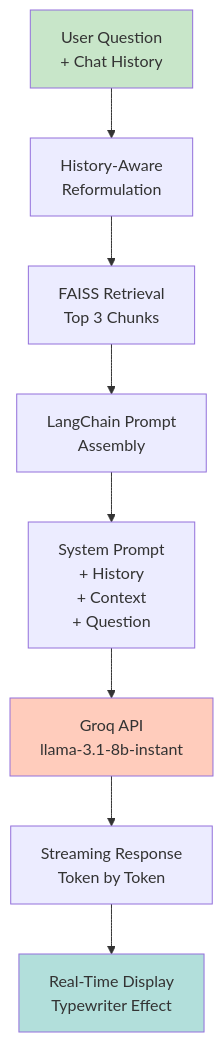
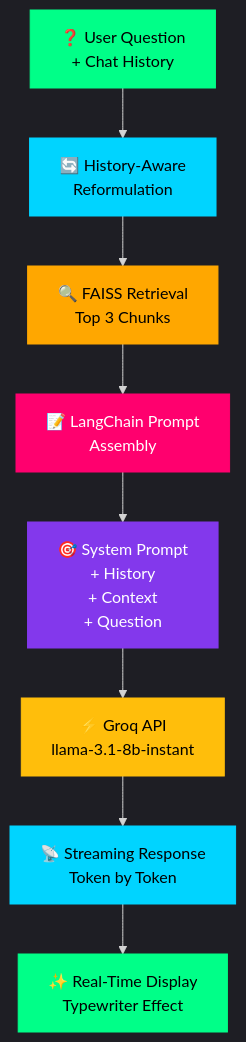
Before and after one commit to farazmirzax/ContextAI: the third of 3 diagrams in README.md, drawn with Mermaid. The commit also changed other lines of this file, not shown here.

Commit message:
readme better with mermaid

````diff
--- a/README.md
+++ b/README.md
@@ -86,14 +88,20 @@
 ```mermaid
+%%{init: {'theme':'dark'}}%%
 graph TD
-    A["User Question<br/>+ Chat History"] --> B["History-Aware<br/>Reformulation"]
-    B --> C["FAISS Retrieval<br/>Top 3 Chunks"]
-    C --> D["LangChain Prompt<br/>Assembly"]
-    D --> E["System Prompt<br/>+ History<br/>+ Context<br/>+ Question"]
-    E --> F["Groq API<br/>llama-3.1-8b-instant"]
-    F --> G["Streaming Response<br/>Token by Token"]
-    G --> H["Real-Time Display<br/>Typewriter Effect"]
+    A["❓ User Question<br/>+ Chat History"] --> B["🔄 History-Aware<br/>Reformulation"]
+    B --> C["🔍 FAISS Retrieval<br/>Top 3 Chunks"]
+    C --> D["📝 LangChain Prompt<br/>Assembly"]
+    D --> E["🎯 System Prompt<br/>+ History<br/>+ Context<br/>+ Question"]
+    E --> F["⚡ Groq API<br/>llama-3.1-8b-instant"]
+    F --> G["📡 Streaming Response<br/>Token by Token"]
+    G --> H["✨ Real-Time Display<br/>Typewriter Effect"]
     
-    style A fill:#c8e6c9
-    style F fill:#ffccbc
-    style H fill:#b2dfdb
+    style A fill:#00ff88,stroke:#00ff88,color:#000
+    style B fill:#00d4ff,stroke:#00d4ff,color:#000
+    style C fill:#ffa700,stroke:#ffa700,color:#000
+    style D fill:#ff006e,stroke:#ff006e,color:#fff
+    style E fill:#8338ec,stroke:#8338ec,color:#fff
+    style F fill:#ffbe0b,stroke:#ffbe0b,color:#000
+    style G fill:#00d4ff,stroke:#00d4ff,color:#000
+    style H fill:#00ff88,stroke:#00ff88,color:#000
 ```
````
